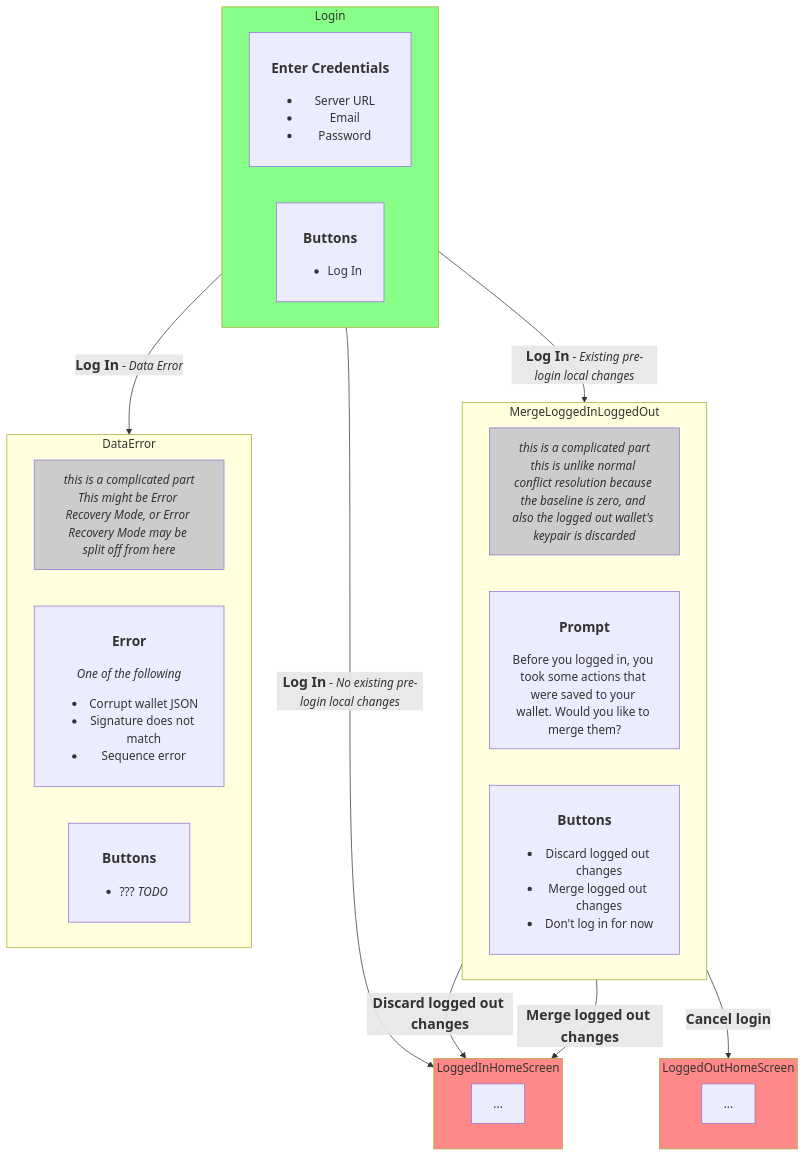
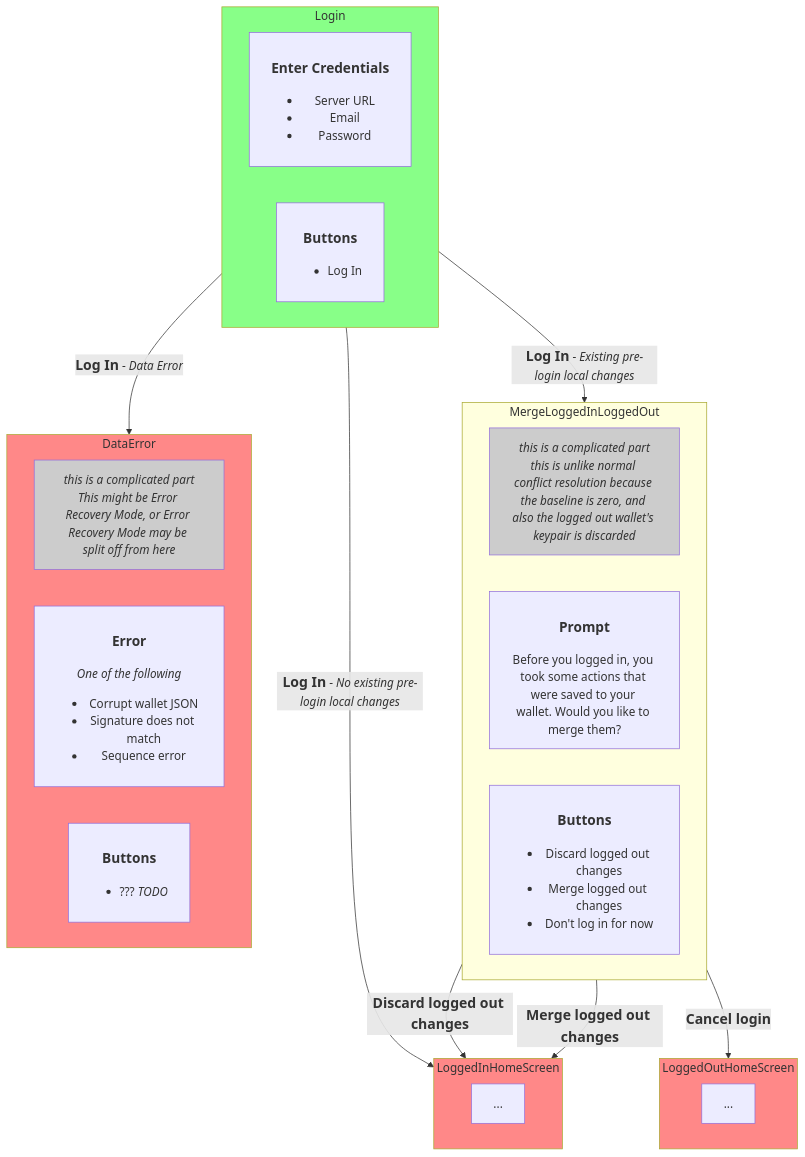
Before and after one commit to orblivion/lbry-wallet-sync-draft: the second of 7 diagrams in spec/user-flows.md, drawn with Mermaid. The commit also changed other lines of this file, not shown here.

````diff
--- a/spec/user-flows.md
+++ b/spec/user-flows.md
@@ -97,49 +97,50 @@
 ```mermaid
 flowchart TD
   classDef start fill:#8f8;
   classDef finish fill:#f88;
   classDef editorNote fill:#CCC;
   Login:::start
   LoggedInHomeScreen:::finish
   LoggedOutHomeScreen:::finish
+  DataError:::finish
   MergeLoggedInLoggedOut3:::editorNote
   DataError3:::editorNote
 
   Login --<big><b>Log In</b></big> - <i>Existing pre-login local changes</i>--> MergeLoggedInLoggedOut
-  Login --<big><b>Log In</b></big> - <i>Data Error<i>--> DataError
+  Login --<big><b>Log In</b></big> - <i>Data Error</i>--> DataError
   Login --<big><b>Log In</b></big> - <i>No existing pre-login local changes</i>--> LoggedInHomeScreen
 
   MergeLoggedInLoggedOut --<big><b>Discard logged out changes</b></big>--> LoggedInHomeScreen
   MergeLoggedInLoggedOut --<big><b>Merge logged out changes</b></big>--> LoggedInHomeScreen
   MergeLoggedInLoggedOut --<big><b>Cancel login</b></big>--> LoggedOutHomeScreen
 
   subgraph LoggedInHomeScreen
     direction RL
     LoggedInHomeScreen1[...]
   end
 
   subgraph LoggedOutHomeScreen
     direction RL
     LoggedOutHomeScreen1[...]
   end
 
   subgraph MergeLoggedInLoggedOut
     direction RL
     MergeLoggedInLoggedOut1[<h3>Prompt</h3>Before you logged in, you took some actions that were saved to your wallet. Would you like to merge them?]
     MergeLoggedInLoggedOut2[<h3>Buttons</h3><ul><li>Discard logged out changes</li><li>Merge logged out changes</li><li>Don't log in for now</li></ul>]
     MergeLoggedInLoggedOut3[<i>this is a complicated part<br>this is unlike normal conflict resolution because the baseline is zero, and also the logged out wallet's keypair is discarded</i>]
   end
 
   subgraph DataError
     direction RL
     DataError1[<h3>Error</h3><i>One of the following</i><ul><li>Corrupt wallet JSON</li><li>Signature does not match</li><li>Sequence error</li></ul>]
     DataError2[<h3>Buttons</h3><ul><li>??? <i>TODO</i></li></ul>]
     DataError3[<i>this is a complicated part<br>This might be Error Recovery Mode, or Error Recovery Mode may be split off from here</i>]
   end
 
   subgraph Login
     direction RL
     Login1[<h3>Enter Credentials</h3><ul><li>Server URL</li><li>Email</li><li>Password</li></ul>]
     Login2[<h3>Buttons</h3><ul><li>Log In</li></ul>]
   end
 ```
````
